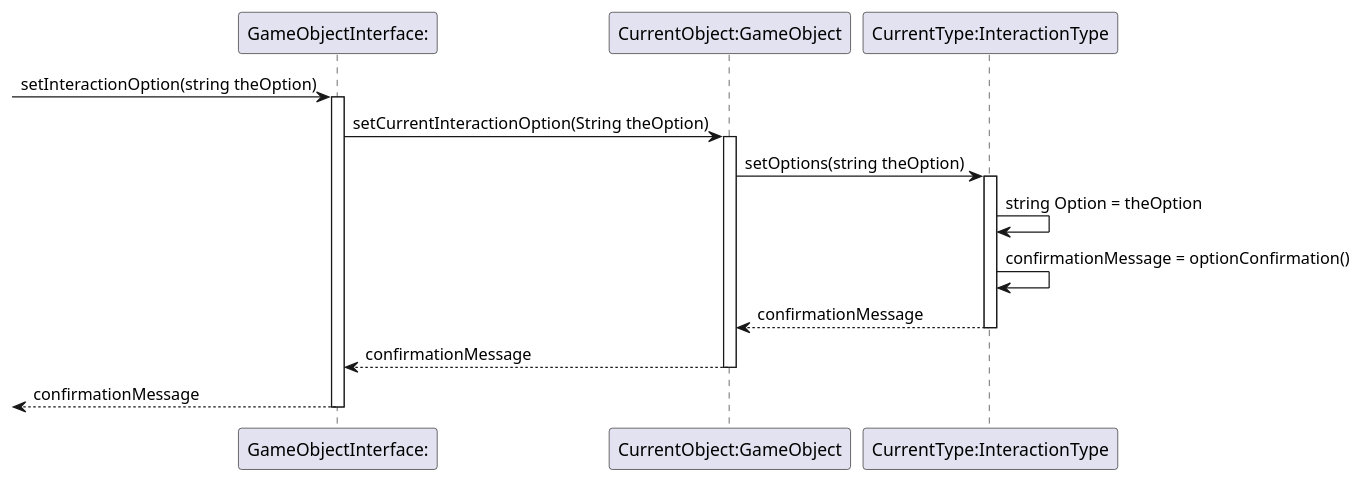
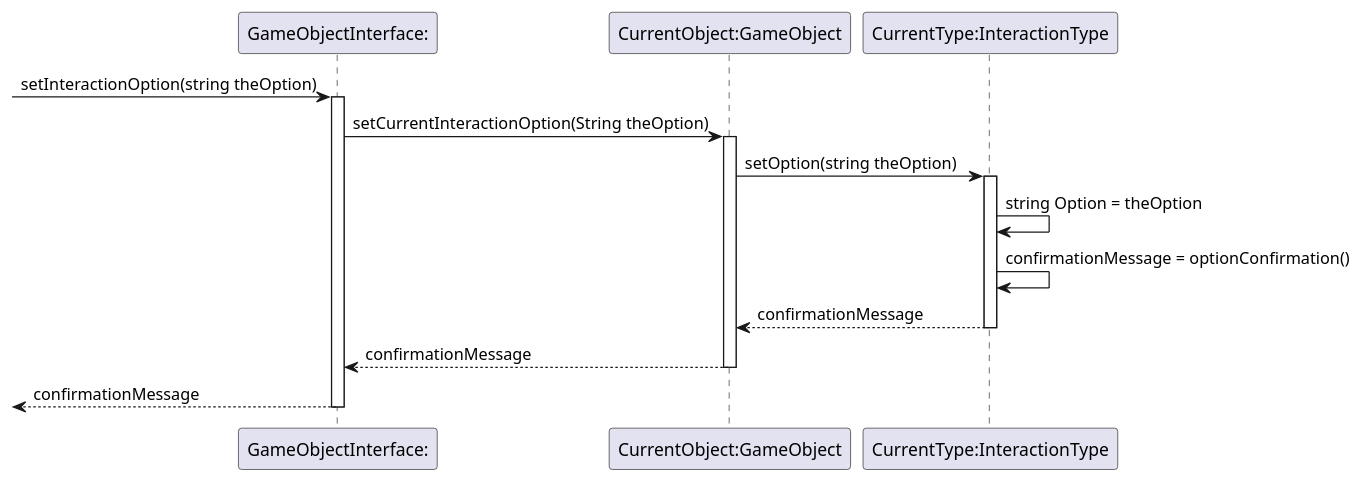
One commit to NoahHakansson/SE-PA1460 changed the diagram in refactored/setInteractionOptions.pu. Above: the diagram before and after it, drawn with PlantUML. The commit also changed 4 other files, not shown here.

Commit message:
changed plural to singular in setInteractionOption diagram

```diff
--- a/refactored/setInteractionOptions.pu
+++ b/refactored/setInteractionOptions.pu
@@ -1,12 +1,12 @@
 @startuml setInteractionOption
 
 [-> "GameObjectInterface:" ++: setInteractionOption(string theOption)
 "GameObjectInterface:" -> "CurrentObject:GameObject" ++: setCurrentInteractionOption(String theOption)
-"CurrentObject:GameObject" -> "CurrentType:InteractionType" ++: setOptions(string theOption)
+"CurrentObject:GameObject" -> "CurrentType:InteractionType" ++: setOption(string theOption)
 "CurrentType:InteractionType" -> "CurrentType:InteractionType": string Option = theOption
 "CurrentType:InteractionType" -> "CurrentType:InteractionType": confirmationMessage = optionConfirmation()
 return confirmationMessage
 return confirmationMessage
 return confirmationMessage
 
 @enduml
```
